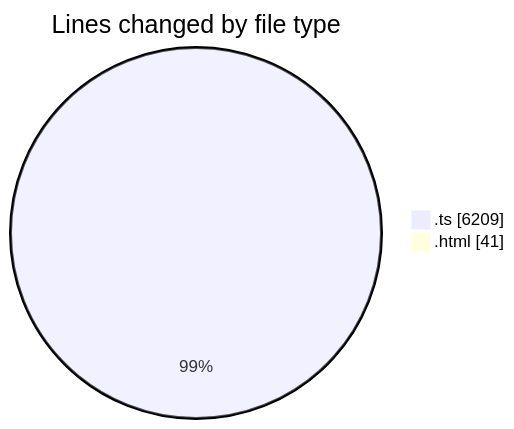
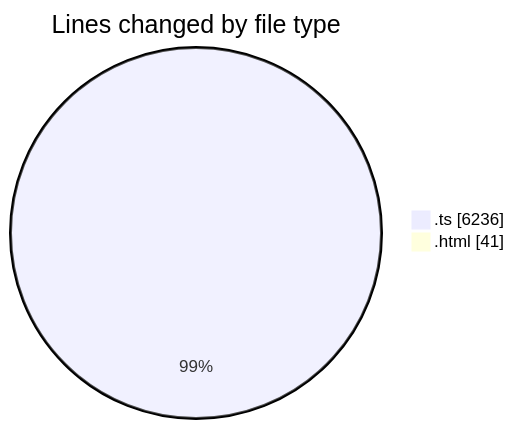
The first of 2 diagrams in 2026-02-08/singularitybrainai/README.md (tmsrecording-cyber/code-tracking), drawn with Mermaid before and after one commit. The commit also changed other lines of this file and 1 other file, not shown here.

````diff
--- a/2026-02-08/singularitybrainai/README.md
+++ b/2026-02-08/singularitybrainai/README.md
@@ -29,6 +29,6 @@
 ```mermaid
 pie showData
 title Lines changed by file type
-".ts" : 6209
+".ts" : 6236
 ".html" : 41
 ```
````
